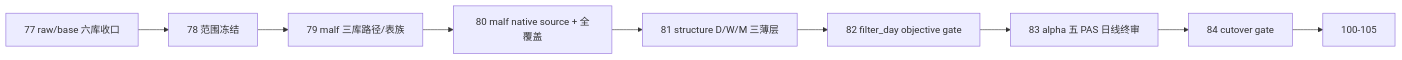
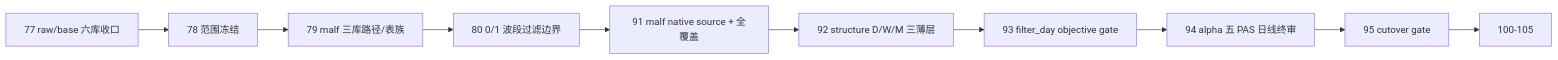
One commit to everything-is-simple/lifespan-0.01 changed the diagram in docs/03-execution/78-malf-alpha-dual-axis-refactor-scope-freeze-card-20260418.md. Above: the diagram before and after it, drawn with Mermaid. The commit also changed other lines of this file and 59 other files, not shown here.

Commit message:
malf: freeze 0/1 wave boundary and renumber cutover cards

````diff
--- a/docs/03-execution/78-malf-alpha-dual-axis-refactor-scope-freeze-card-20260418.md
+++ b/docs/03-execution/78-malf-alpha-dual-axis-refactor-scope-freeze-card-20260418.md
@@ -104,11 +105,12 @@
 ```mermaid
 flowchart LR
     G77["77 raw/base 六库收口"] --> C78["78 范围冻结"]
     C78 --> C79["79 malf 三库路径/表族"]
-    C79 --> C80["80 malf native source + 全覆盖"]
-    C80 --> C81["81 structure D/W/M 三薄层"]
-    C81 --> C82["82 filter_day objective gate"]
-    C82 --> C83["83 alpha 五 PAS 日线终审"]
-    C83 --> C84["84 cutover gate"]
-    C84 --> C100["100-105"]
+    C79 --> C80["80 0/1 波段过滤边界"]
+    C80 --> C91["91 malf native source + 全覆盖"]
+    C91 --> C92["92 structure D/W/M 三薄层"]
+    C92 --> C93["93 filter_day objective gate"]
+    C93 --> C94["94 alpha 五 PAS 日线终审"]
+    C94 --> C95["95 cutover gate"]
+    C95 --> C100["100-105"]
 ```
````
